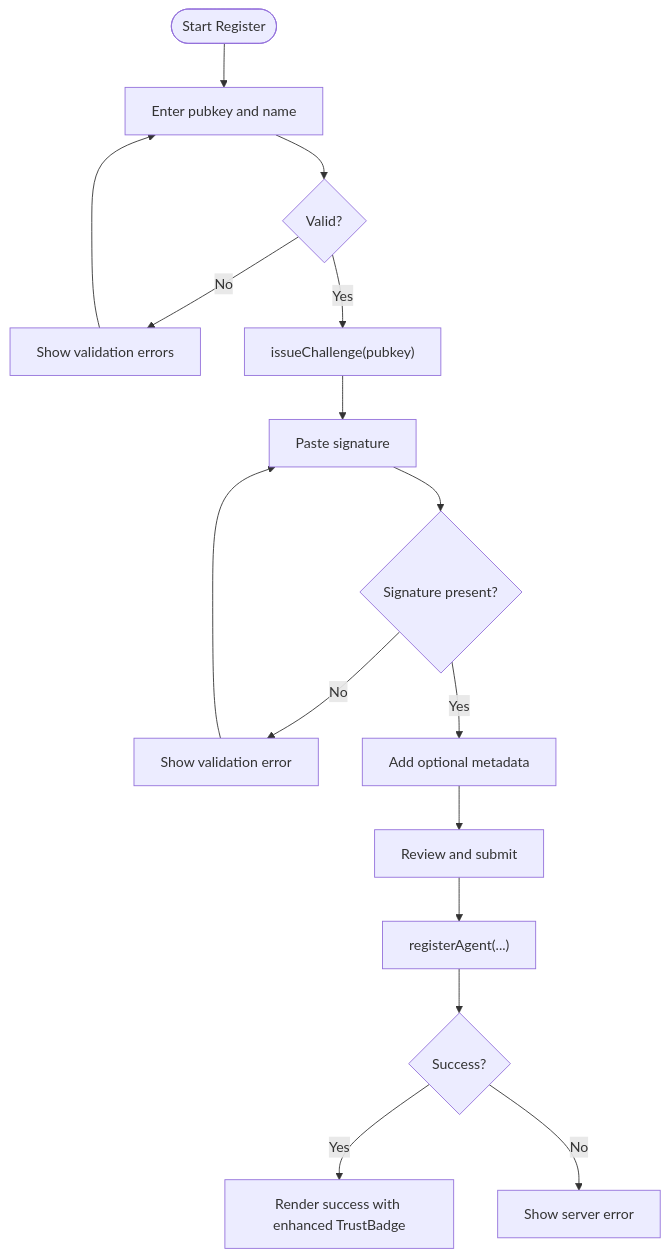
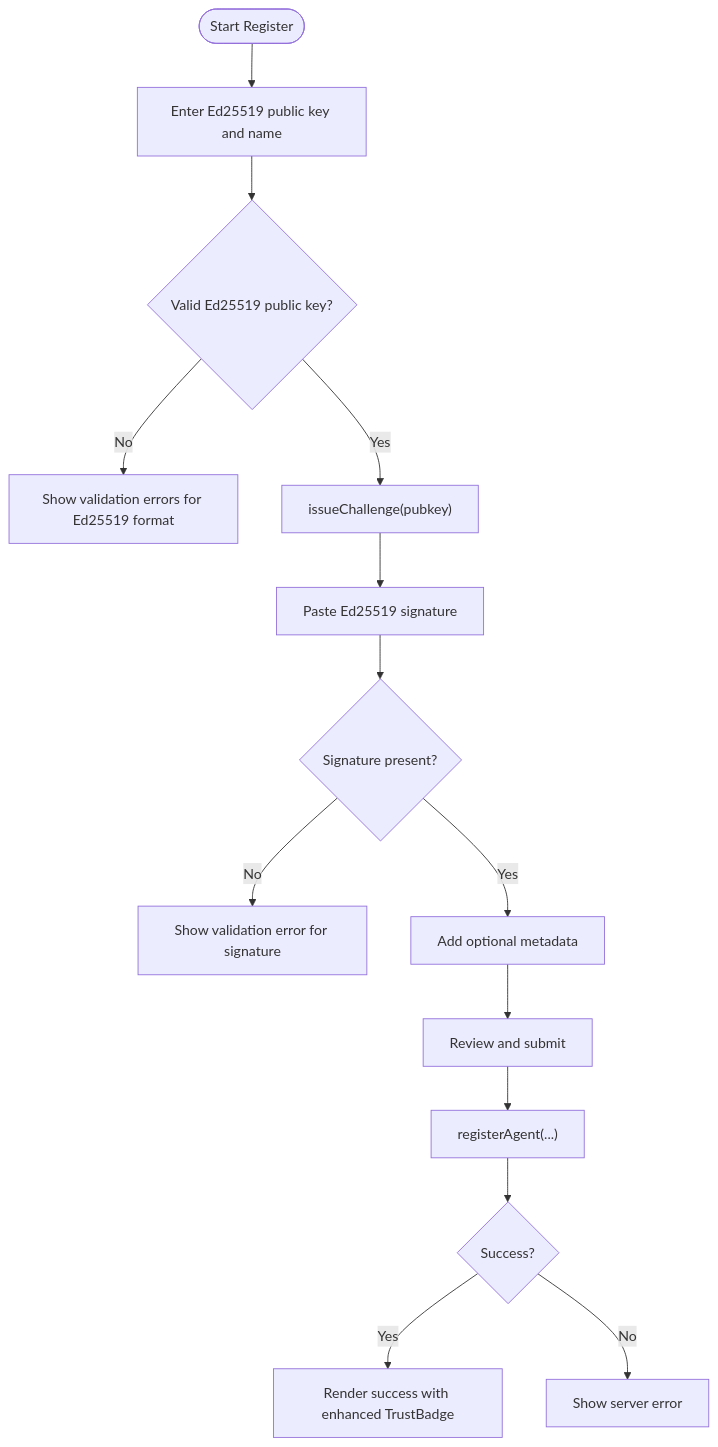
The fifth of 9 diagrams in .qoder/repowiki/en/content/Frontend Application/Frontend Application.md (RunTimeAdmin/AgentID), drawn with Mermaid before and after one commit. The commit also changed other lines of this file and 6 other files, not shown here.

````diff
--- a/.qoder/repowiki/en/content/Frontend Application/Frontend Application.md
+++ b/.qoder/repowiki/en/content/Frontend Application/Frontend Application.md
@@ -300,16 +303,16 @@
 ```mermaid
 flowchart TD
-Start(["Start Register"]) --> Step1["Enter pubkey and name"]
-Step1 --> Validate1{"Valid?"}
-Validate1 --> |No| ShowErr1["Show validation errors"] --> Step1
+Start(["Start Register"]) --> Step1["Enter Ed25519 public key and name"]
+Step1 --> Validate1{"Valid Ed25519 public key?"}
+Validate1 --> |No| ShowErr1["Show validation errors for Ed25519 format"]
 Validate1 --> |Yes| Issue["issueChallenge(pubkey)"]
-Issue --> Step2["Paste signature"]
+Issue --> Step2["Paste Ed25519 signature"]
 Step2 --> Validate2{"Signature present?"}
-Validate2 --> |No| ShowErr2["Show validation error"] --> Step2
+Validate2 --> |No| ShowErr2["Show validation error for signature"]
 Validate2 --> |Yes| Step3["Add optional metadata"]
 Step3 --> Step4["Review and submit"]
 Step4 --> Submit["registerAgent(...)"]
 Submit --> Success{"Success?"}
 Success --> |Yes| ShowSuccess["Render success with enhanced TrustBadge"]
 Success --> |No| ShowServerErr["Show server error"]
 ```
````
